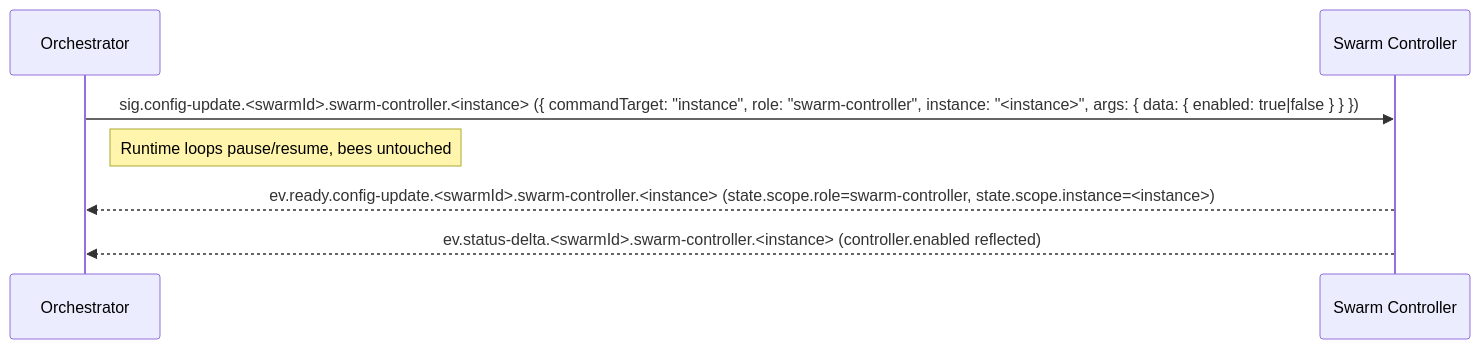
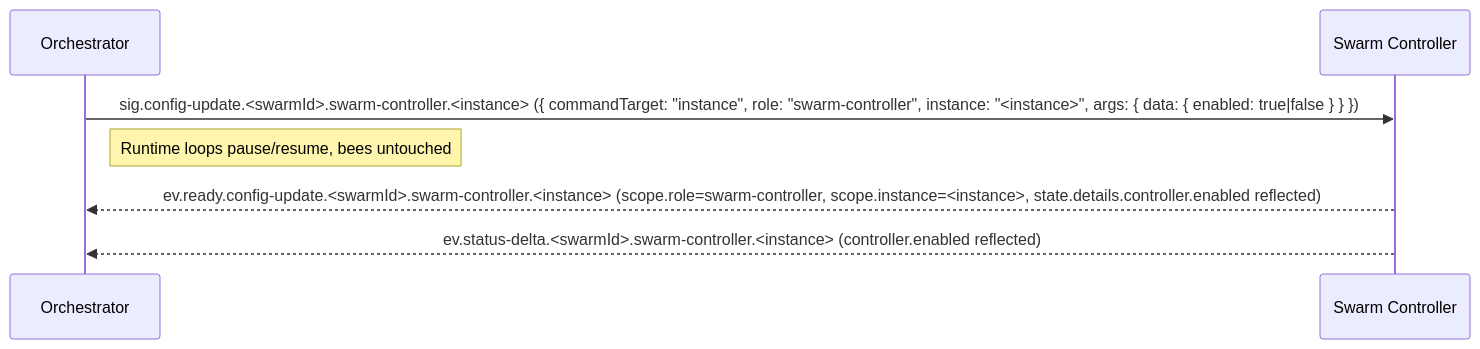
One commit to sepa79/PocketHive changed the fifth of 8 diagrams in docs/ARCHITECTURE.md. Above: the diagram before and after it, drawn with Mermaid. The commit also changed other lines of this file and 19 other files, not shown here.

````diff
--- a/docs/ARCHITECTURE.md
+++ b/docs/ARCHITECTURE.md
@@ -213,10 +213,10 @@
 ```mermaid
 sequenceDiagram
   participant QN as Orchestrator
   participant MSH as Swarm Controller
 
   QN->>MSH: sig.config-update.<swarmId>.swarm-controller.<instance> ({ commandTarget: "instance", role: "swarm-controller", instance: "<instance>", args: { data: { enabled: true|false } } })
   note right of QN: Runtime loops pause/resume, bees untouched
-  MSH-->>QN: ev.ready.config-update.<swarmId>.swarm-controller.<instance> (state.scope.role=swarm-controller, state.scope.instance=<instance>)
+  MSH-->>QN: ev.ready.config-update.<swarmId>.swarm-controller.<instance> (scope.role=swarm-controller, scope.instance=<instance>, state.details.controller.enabled reflected)
   MSH-->>QN: ev.status-delta.<swarmId>.swarm-controller.<instance> (controller.enabled reflected)
 ```
````
